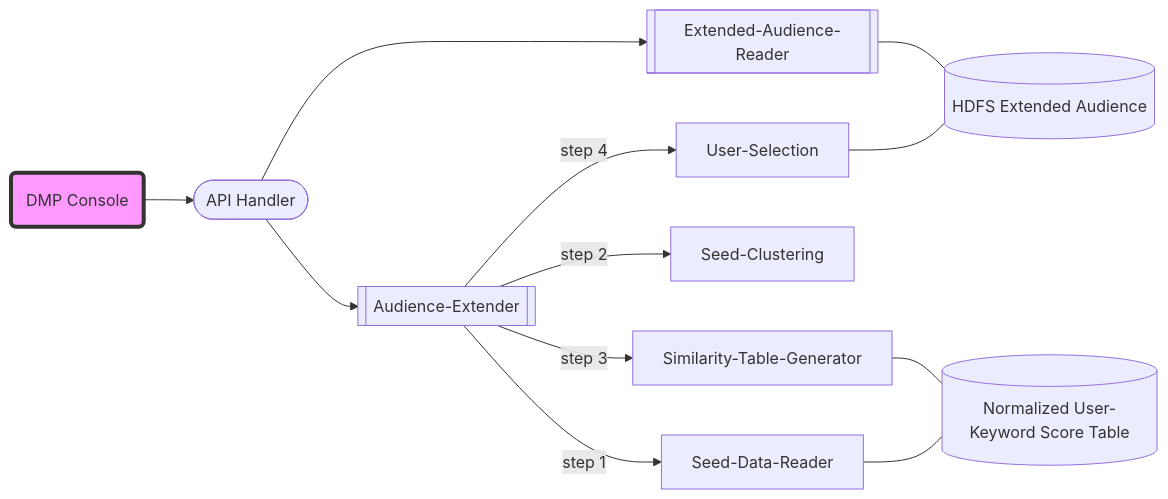
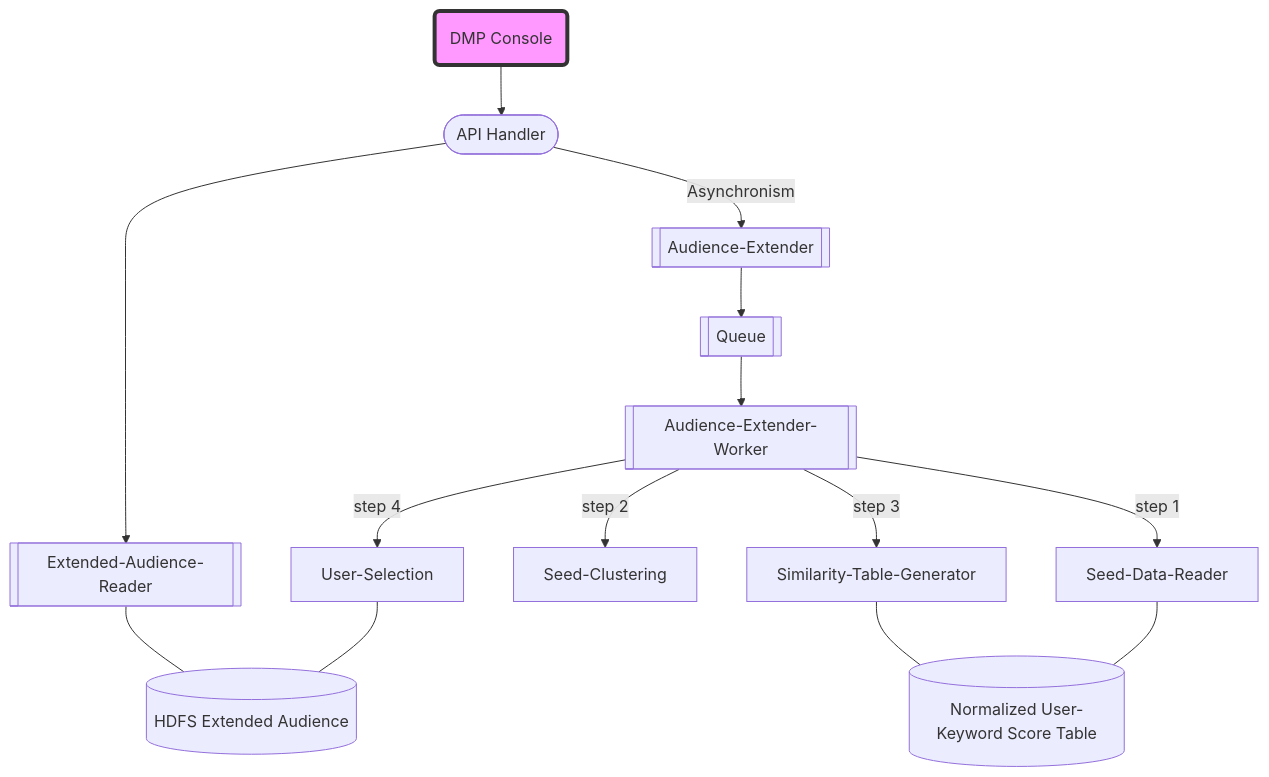
Before and after one commit to Futurewei-io/blue-marlin: the fifth of 7 diagrams in Model/lookalike-model/doc/SDD.md, drawn with Mermaid. The commit also changed other lines of this file, not shown here.

````diff
--- a/Model/lookalike-model/doc/SDD.md
+++ b/Model/lookalike-model/doc/SDD.md
@@ -365,19 +365,21 @@
 ```mermaid
-graph LR
+graph TD
  	user("DMP Console")--> A(["API Handler"])
     style user fill:#f9f,stroke:#333,stroke-width:4px
     
     A-->I[["Extended-Audience-Reader"]]
     I---J[("HDFS Extended Audience")]
     
-    A-->B[["Audience-Extender"]]
+    A-->|Asynchronism|A1[["Audience-Extender"]]
+    A1-->A2[["Queue"]]
+    A2-->B[["Audience-Extender-Worker"]]
     
     B-->|step 1|H["Seed-Data-Reader"]
     B-->|step 2|C["Seed-Clustering"]
     B-->|step 3|D["Similarity-Table-Generator"]
     B-->|step 4|F["User-Selection"]
     F---J
    
     D---G[("Normalized User-Keyword Score Table")]
     H---G
 ```
````
